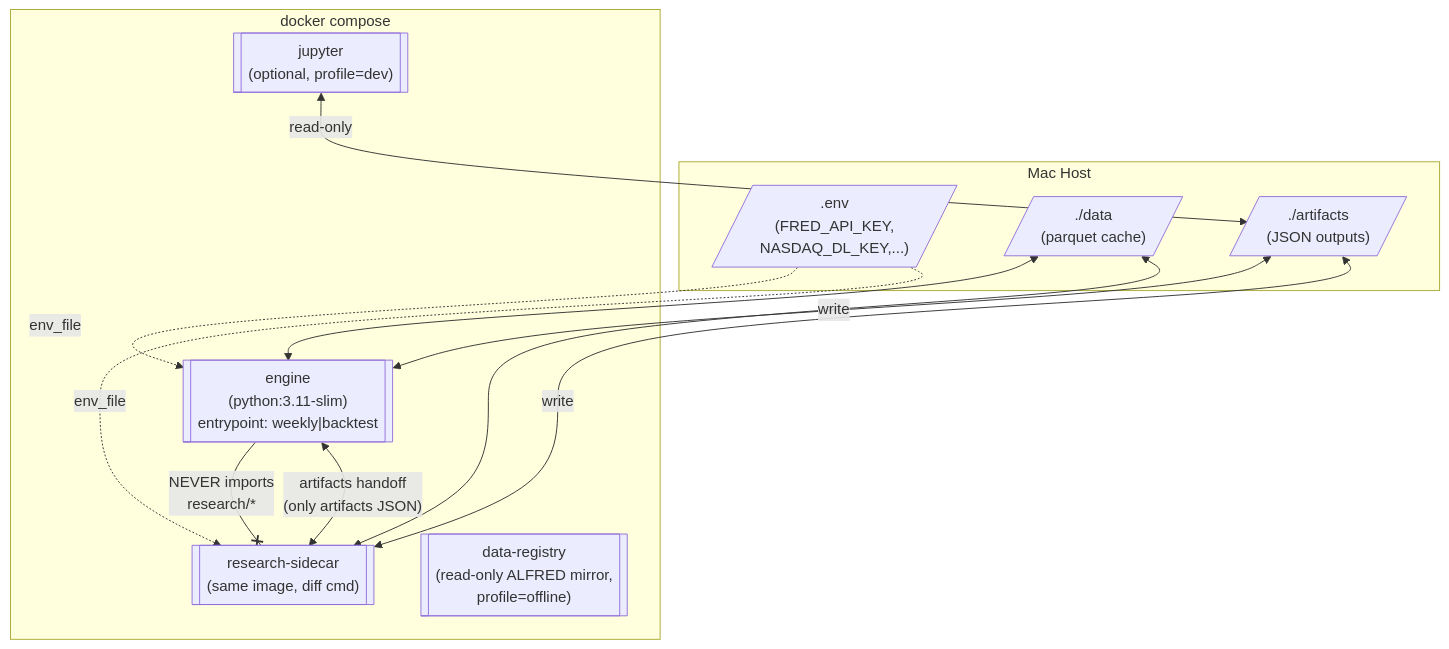
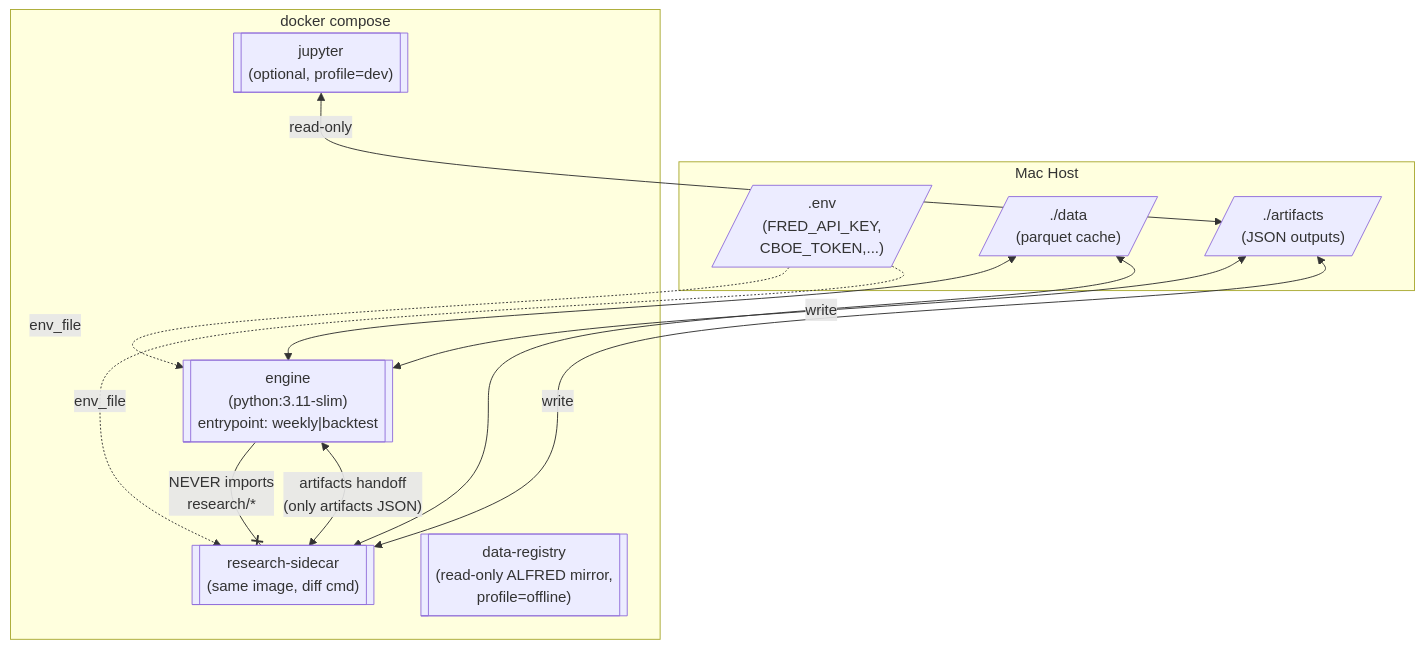
One commit to yutaofr/quantitative-finance-system changed the second of 27 diagrams in docs/ADD.md. Above: the diagram before and after it, drawn with Mermaid. The commit also changed other lines of this file and 12 other files, not shown here.

````diff
--- a/docs/ADD.md
+++ b/docs/ADD.md
@@ -127,26 +127,26 @@
 ```mermaid
 flowchart TB
     subgraph host["Mac Host"]
-        env[/".env<br/>(FRED_API_KEY,<br/>NASDAQ_DL_KEY,...)"/]
+        env[/".env<br/>(FRED_API_KEY,<br/>CBOE_TOKEN,...)"/]
         vol_data[/"./data<br/>(parquet cache)"/]
         vol_art[/"./artifacts<br/>(JSON outputs)"/]
     end
 
     subgraph compose["docker compose"]
         c_engine[["engine<br/>(python:3.11-slim)<br/>entrypoint: weekly|backtest"]]
         c_sidecar[["research-sidecar<br/>(same image, diff cmd)"]]
         c_jupyter[["jupyter<br/>(optional, profile=dev)"]]
         c_registry[["data-registry<br/>(read-only ALFRED mirror,<br/>profile=offline)"]]
     end
 
     env -. env_file .-> c_engine
     env -. env_file .-> c_sidecar
     vol_data <--> c_engine
     vol_data <--> c_sidecar
     vol_art <-- write --> c_engine
     vol_art <-- write --> c_sidecar
     c_jupyter <-- read-only --> vol_art
 
     c_engine -- "NEVER imports<br/>research/*" --x c_sidecar
     c_engine <-- "artifacts handoff<br/>(only artifacts JSON)" --> c_sidecar
 ```
````
